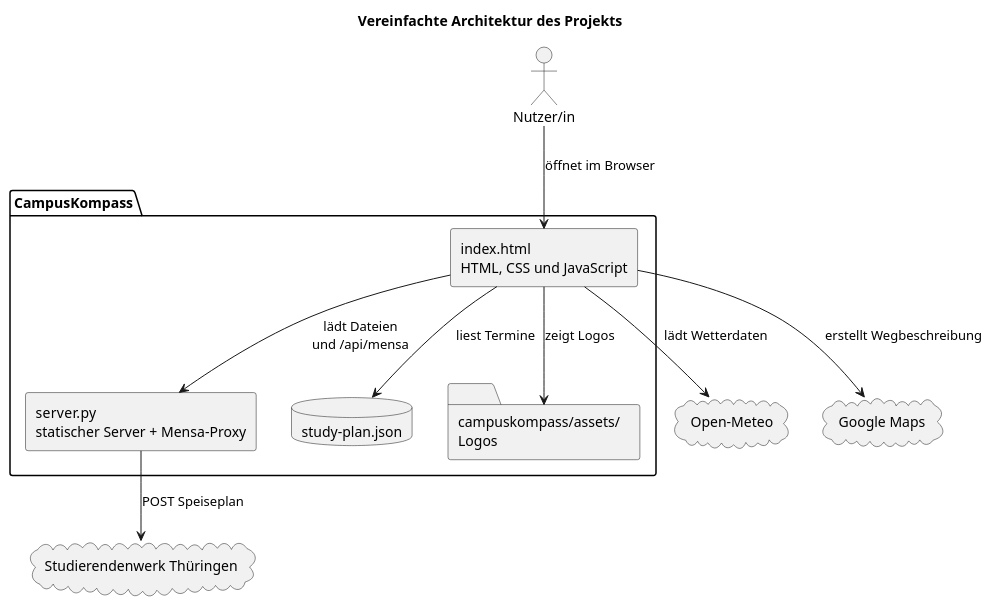
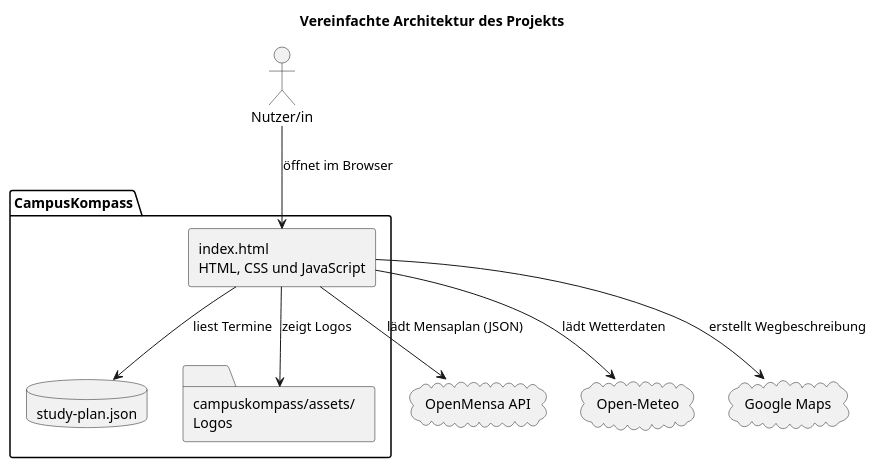
Before and after one commit to hsm-se-workshop-2026/campuskompass: the diagram in docs/komponenten.puml, drawn with PlantUML. The commit also changed 12 other files, not shown here.

First line of the commit message:
feat: load canteen menus from OpenMensa

```diff
--- a/docs/komponenten.puml
+++ b/docs/komponenten.puml
@@ -1,28 +1,26 @@
 @startuml
 title Vereinfachte Architektur des Projekts
 
 skinparam componentStyle rectangle
 skinparam shadowing false
 
 actor "Nutzer/in" as User
 
 package "CampusKompass" {
   component "index.html\nHTML, CSS und JavaScript" as Dashboard
-  component "server.py\nstatischer Server + Mensa-Proxy" as Server
   database "study-plan.json" as StudyPlan
   folder "campuskompass/assets/\nLogos" as Logos
 }
 
-cloud "Studierendenwerk Thüringen" as Mensa
+cloud "OpenMensa API" as Mensa
 cloud "Open-Meteo" as Weather
 cloud "Google Maps" as Maps
 
 User --> Dashboard : öffnet im Browser
-Dashboard --> Server : lädt Dateien\nund /api/mensa
 Dashboard --> StudyPlan : liest Termine
 Dashboard --> Logos : zeigt Logos
-Server --> Mensa : POST Speiseplan
+Dashboard --> Mensa : lädt Mensaplan (JSON)
 Dashboard --> Weather : lädt Wetterdaten
 Dashboard --> Maps : erstellt Wegbeschreibung
 
 @enduml
```
